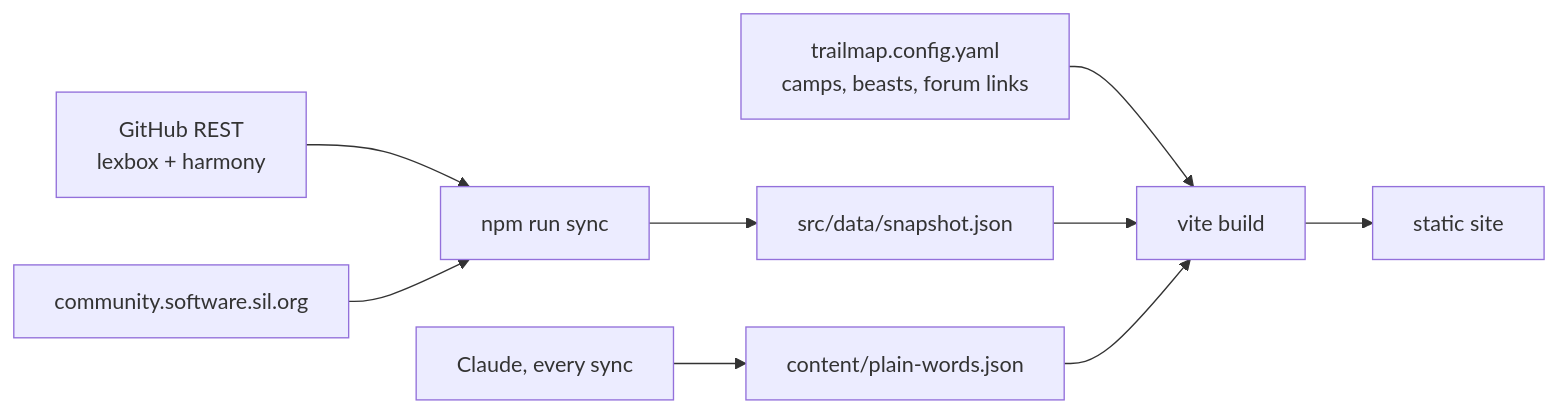
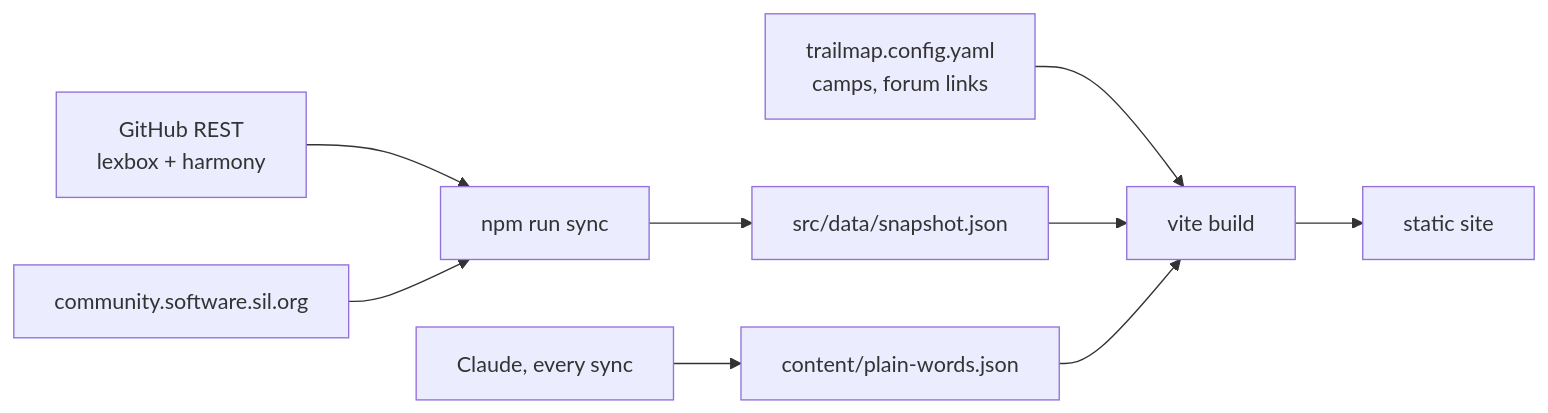
The diagram in README.md (myieye/fwlite-trailmap), drawn with Mermaid before and after one commit. The commit also changed other lines of this file and 16 other files, not shown here.

````diff
--- a/README.md
+++ b/README.md
@@ -13,8 +13,8 @@
 ```mermaid
 flowchart LR
-  config[trailmap.config.yaml<br/>camps, beasts, forum links] --> build
+  config[trailmap.config.yaml<br/>camps, forum links] --> build
   gh[GitHub REST<br/>lexbox + harmony] --> sync[npm run sync]
   forum[community.software.sil.org] --> sync
   sync --> snap[src/data/snapshot.json] --> build[vite build] --> site[static site]
   agent[Claude, every sync] --> plain[content/plain-words.json] --> build
 ```
````
